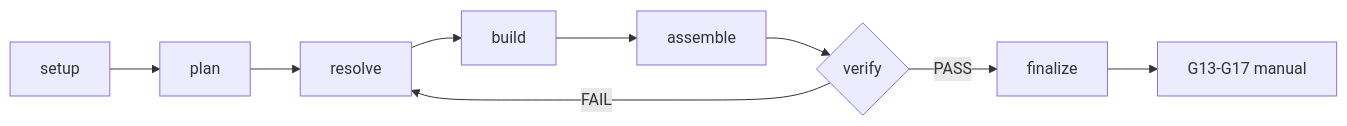
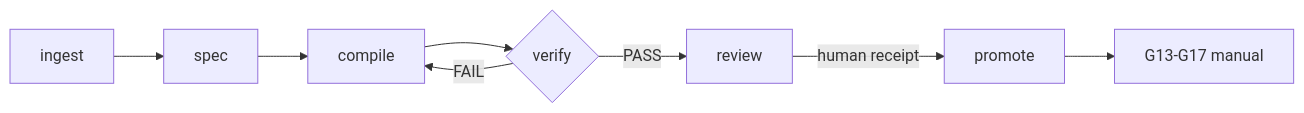
Before and after one commit to Francixco90/metodologia-frames-agent-os: the diagram in 03_artefactos/skills/content-os-general-video/rules/workflow-contract.md, drawn with Mermaid. The commit also changed other lines of this file and 9 other files, not shown here.

````diff
--- a/03_artefactos/skills/content-os-general-video/rules/workflow-contract.md
+++ b/03_artefactos/skills/content-os-general-video/rules/workflow-contract.md
@@ -19,7 +19,8 @@
 ```mermaid
 flowchart LR
-  S[setup] --> P[plan] --> R[resolve] --> B[build] --> A[assemble] --> V{verify}
-  V -->|PASS| F[finalize]
-  V -->|FAIL| R
-  F --> G["G13-G17 manual"]
+  I[ingest] --> S[spec] --> C[compile] --> V{verify}
+  V -->|PASS| R[review]
+  V -->|FAIL| C
+  R -->|human receipt| P[promote]
+  P --> G["G13-G17 manual"]
 ```
````
